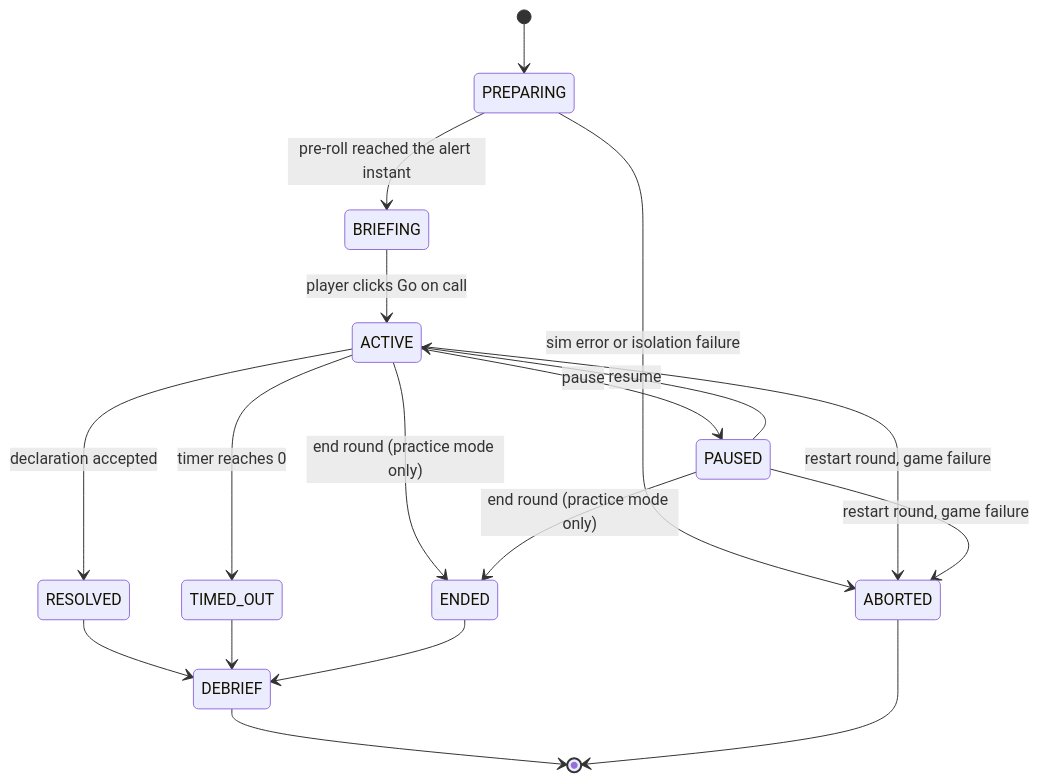
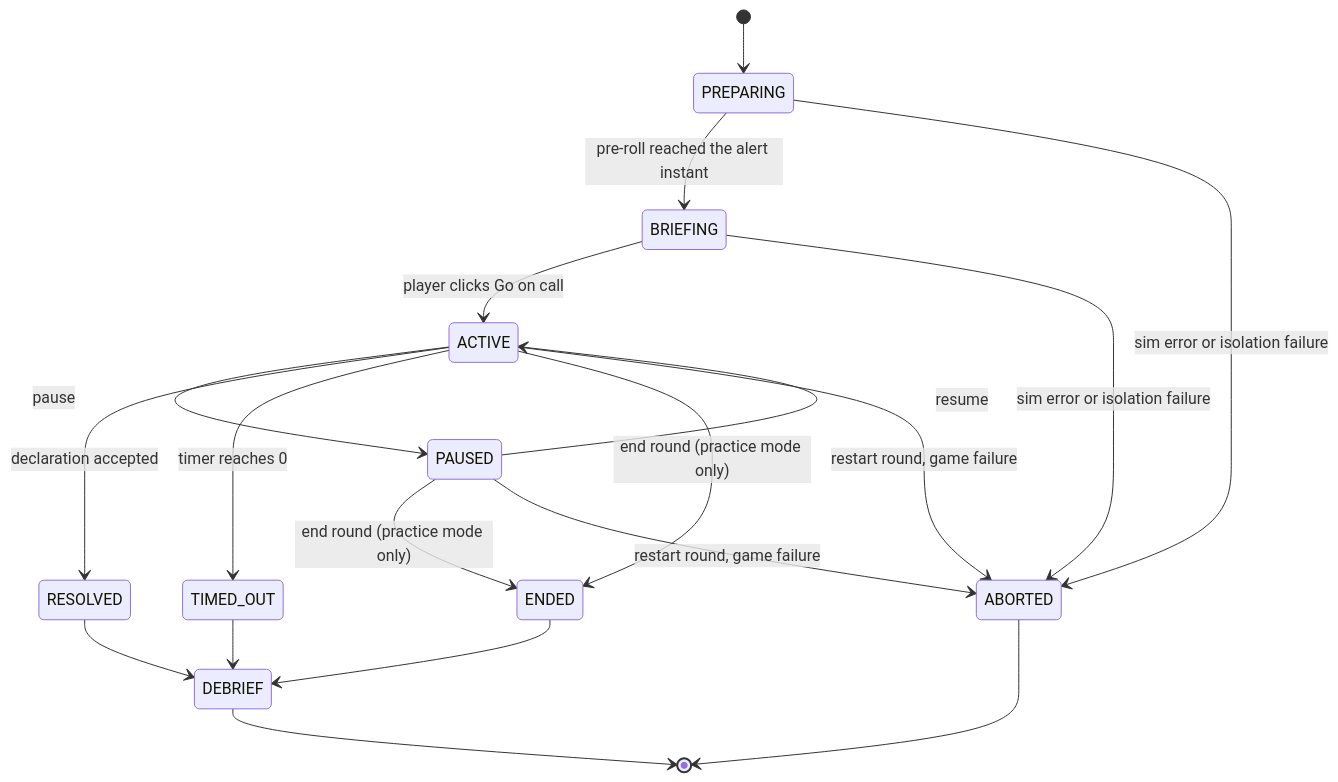
One commit to tylermac92/incident-escape-room changed the third of 3 diagrams in docs/technical-design-document.md. Above: the diagram before and after it, drawn with Mermaid. The commit also changed 5 other files, not shown here.

````diff
--- a/docs/technical-design-document.md
+++ b/docs/technical-design-document.md
@@ -421,20 +421,21 @@
 ```mermaid
 stateDiagram-v2
   [*] --> PREPARING
   PREPARING --> BRIEFING: pre-roll reached the alert instant
   PREPARING --> ABORTED: sim error or isolation failure
   BRIEFING --> ACTIVE: player clicks Go on call
+  BRIEFING --> ABORTED: sim error or isolation failure
   ACTIVE --> PAUSED: pause
   PAUSED --> ACTIVE: resume
   ACTIVE --> RESOLVED: declaration accepted
   ACTIVE --> TIMED_OUT: timer reaches 0
   ACTIVE --> ENDED: end round (practice mode only)
   PAUSED --> ENDED: end round (practice mode only)
   ACTIVE --> ABORTED: restart round, game failure
   PAUSED --> ABORTED: restart round, game failure
   RESOLVED --> DEBRIEF
   TIMED_OUT --> DEBRIEF
   ENDED --> DEBRIEF
   DEBRIEF --> [*]
   ABORTED --> [*]
 ```
````
